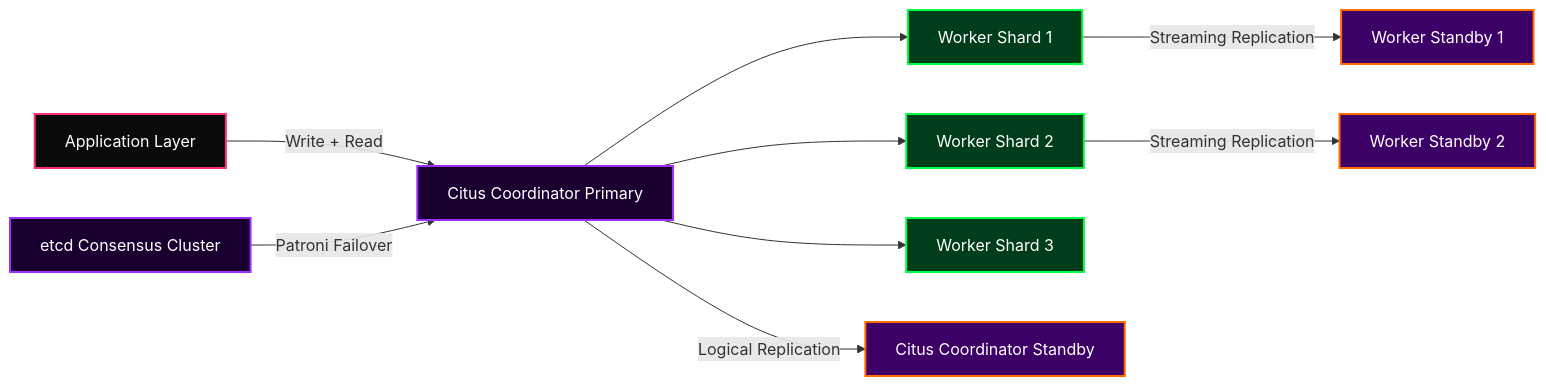
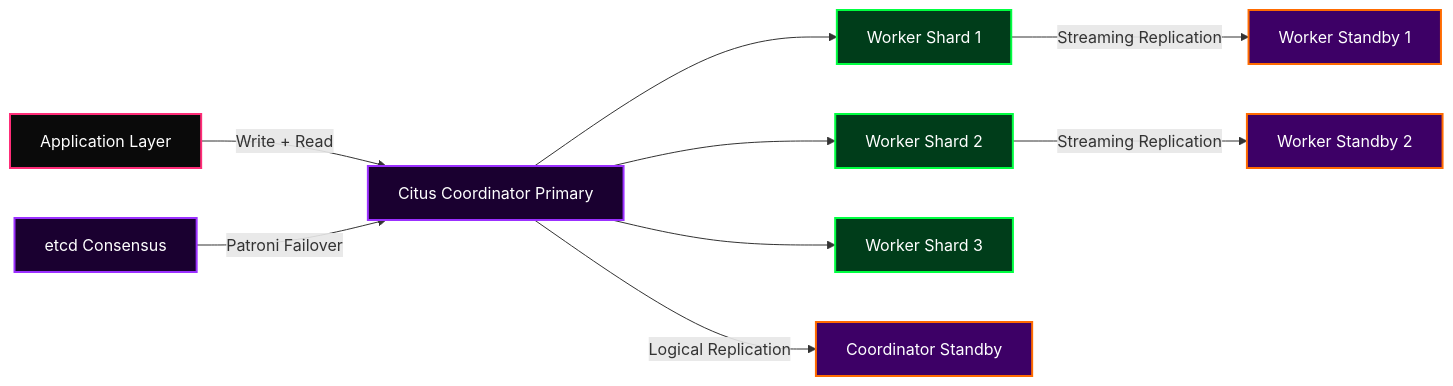
One commit to NewNexus001/newnexus001 changed diagram 12 of 25 in README.md. Above: the diagram before and after it, drawn with Mermaid. The commit also changed other lines of this file, not shown here.

````diff
--- a/README.md
+++ b/README.md
@@ -432,16 +400,16 @@
 ```mermaid
 graph LR
     classDef app fill:#0a0a0a,stroke:#FF2D78,stroke-width:2px,color:#fff
-    classDef coord fill:#1a0030,stroke:#9B30FF,stroke-width:2px,color:#fff
-    classDef worker fill:#003d1a,stroke:#00FF41,stroke-width:2px,color:#fff
-    classDef standby fill:#3d0066,stroke:#FF6B00,stroke-width:2px,color:#fff
+    classDef crd fill:#1a0030,stroke:#9B30FF,stroke-width:2px,color:#fff
+    classDef wrk fill:#003d1a,stroke:#00FF41,stroke-width:2px,color:#fff
+    classDef std fill:#3d0066,stroke:#FF6B00,stroke-width:2px,color:#fff
 
-    APP["Application Layer"]:::app -->|Write + Read| COORD_P["Citus Coordinator Primary"]:::coord
-    COORD_P --> W1["Worker Shard 1"]:::worker
-    COORD_P --> W2["Worker Shard 2"]:::worker
-    COORD_P --> W3["Worker Shard 3"]:::worker
-    COORD_P -->|Logical Replication| COORD_S["Citus Coordinator Standby"]:::standby
-    W1 -->|Streaming Replication| WS1["Worker Standby 1"]:::standby
-    W2 -->|Streaming Replication| WS2["Worker Standby 2"]:::standby
-    ETCD["etcd Consensus Cluster"]:::coord -->|Patroni Failover| COORD_P
+    APP["Application Layer"]:::app -->|Write + Read| COORD["Citus Coordinator Primary"]:::crd
+    COORD --> W1["Worker Shard 1"]:::wrk
+    COORD --> W2["Worker Shard 2"]:::wrk
+    COORD --> W3["Worker Shard 3"]:::wrk
+    COORD -->|Logical Replication| COORDS["Coordinator Standby"]:::std
+    W1 -->|Streaming Replication| WS1["Worker Standby 1"]:::std
+    W2 -->|Streaming Replication| WS2["Worker Standby 2"]:::std
+    ETCD["etcd Consensus"]:::crd -->|Patroni Failover| COORD
 ```
````
